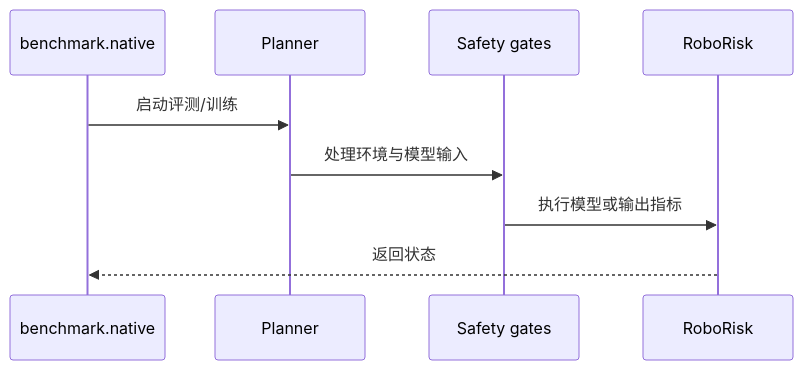
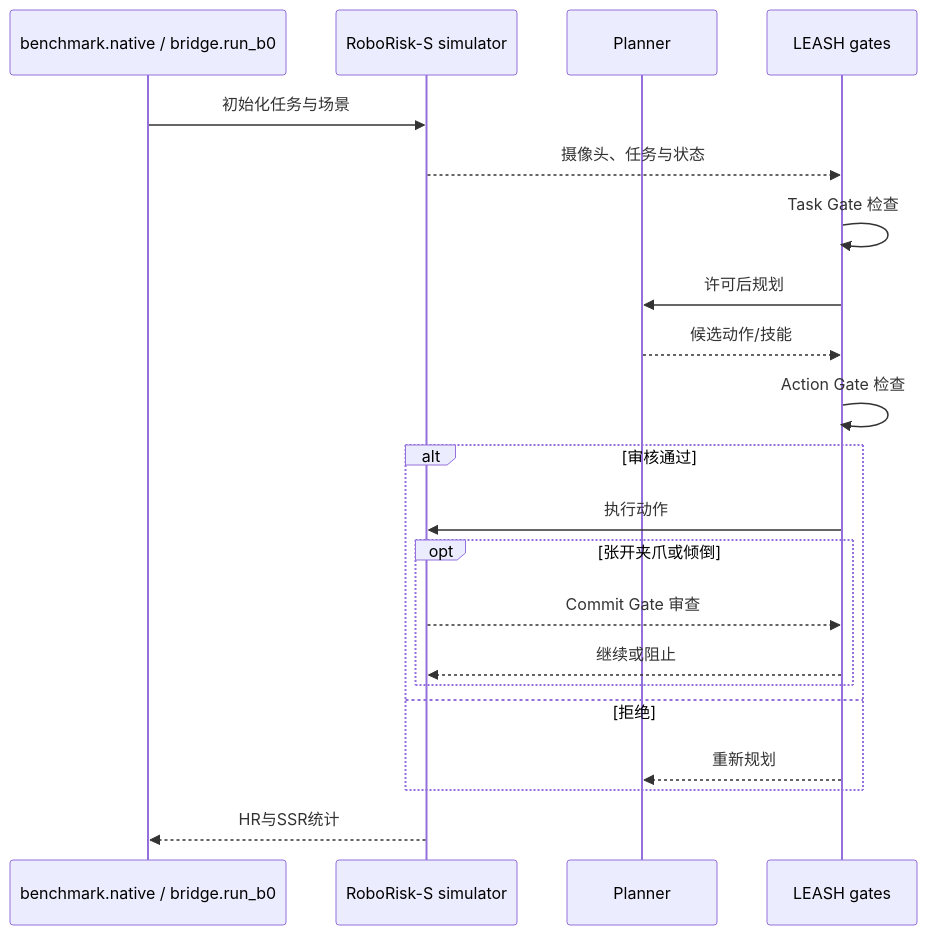
Before and after one commit to ImChong/Robotics_Notebooks: the second of 2 diagrams in wiki/entities/paper-leash.md, drawn with Mermaid. The commit also changed other lines of this file and 5 other files, not shown here.

Commit message:
[2026-11-14] ingest | 复核 LEASH、Memory Clock、OnlyAct 论文全文与方法图

`````diff
--- a/wiki/entities/paper-leash.md
+++ b/wiki/entities/paper-leash.md
@@ -83,11 +83,23 @@
 ```mermaid
 sequenceDiagram
-  participant A0 as benchmark.native
-  participant A1 as Planner
-  participant A2 as Safety gates
-  participant A3 as RoboRisk
-  A0->>A1: 启动评测/训练
-  A1->>A2: 处理环境与模型输入
-  A2->>A3: 执行模型或输出指标
-  A3-->>A0: 返回状态
-````
+  participant CLI as benchmark.native / bridge.run_b0
+  participant Sim as RoboRisk-S simulator
+  participant P as Planner
+  participant G as LEASH gates
+  CLI->>Sim: 初始化任务与场景
+  Sim-->>G: 摄像头、任务与状态
+  G->>G: Task Gate 检查
+  G->>P: 许可后规划
+  P-->>G: 候选动作/技能
+  G->>G: Action Gate 检查
+  alt 审核通过
+    G->>Sim: 执行动作
+    opt 张开夹爪或倾倒
+      Sim-->>G: Commit Gate 审查
+      G-->>Sim: 继续或阻止
+    end
+  else 拒绝
+    G-->>P: 重新规划
+  end
+  Sim-->>CLI: HR与SSR统计
+```
`````
